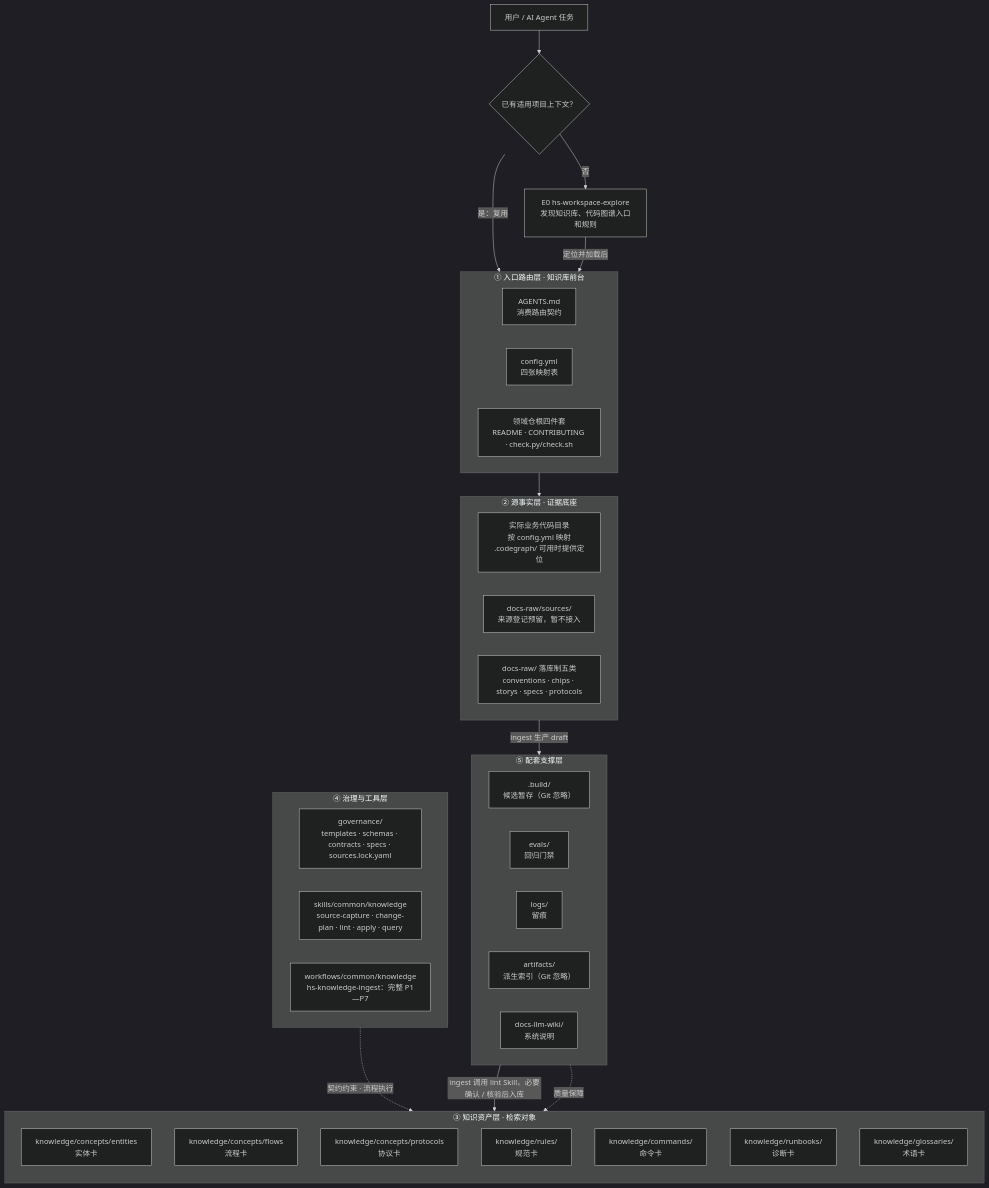
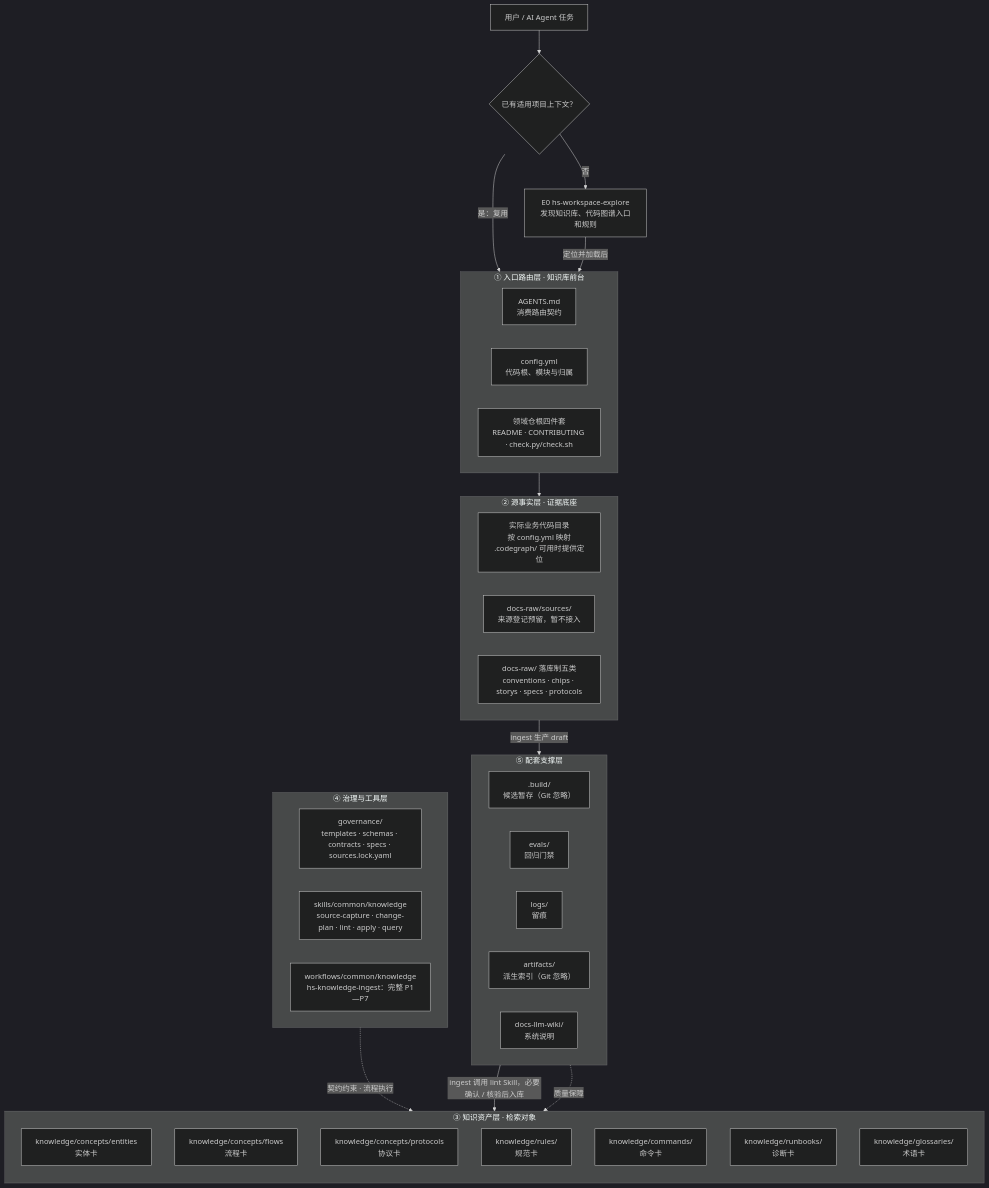
Before and after one commit to Robin-hhc/FactumCore: the first of 7 diagrams in aiotbot-knowledge-wifi-mp/docs-llm-wiki/AIoTBot知识库架构设计.md, drawn with Mermaid (dark theme). The commit also changed other lines of this file and 39 other files, not shown here.

````diff
--- a/aiotbot-knowledge-wifi-mp/docs-llm-wiki/AIoTBot知识库架构设计.md
+++ b/aiotbot-knowledge-wifi-mp/docs-llm-wiki/AIoTBot知识库架构设计.md
@@ -125,57 +125,57 @@
 ```mermaid
 flowchart TB
     U["用户 / AI Agent 任务"]
     C0{"已有适用项目上下文？"}
     E0["E0 hs-workspace-explore<br />发现知识库、代码图谱入口和规则"]
 
     subgraph S1["① 入口路由层 · 知识库前台"]
         direction LR
         A2["AGENTS.md<br />消费路由契约"]
-        A3["config.yml<br />四张映射表"]
+        A3["config.yml<br />代码根、模块与归属"]
         A4["领域仓根四件套<br />README · CONTRIBUTING · check.py/check.sh"]
     end
 
     subgraph S2["② 源事实层 · 证据底座"]
         direction LR
         B1["实际业务代码目录<br />按 config.yml 映射<br />.codegraph/ 可用时提供定位"]
         B2["docs-raw/sources/<br />来源登记预留，暂不接入"]
         B3["docs-raw/ 落库制五类<br />conventions · chips · storys · specs · protocols"]
     end
 
     subgraph S3["③ 知识资产层 · 检索对象"]
         direction TB
         C1["knowledge/concepts/entities<br />实体卡"]
         C2["knowledge/concepts/flows<br />流程卡"]
         C3["knowledge/concepts/protocols<br />协议卡"]
         C4["knowledge/rules/<br />规范卡"]
         C5["knowledge/commands/<br />命令卡"]
         C6["knowledge/runbooks/<br />诊断卡"]
         C7["knowledge/glossaries/<br />术语卡"]
     end
 
     subgraph S4["④ 治理与工具层"]
         direction LR
         D1["governance/<br />templates · schemas · contracts · specs · sources.lock.yaml"]
         D2["skills/common/knowledge<br />source-capture · change-plan · lint · apply · query"]
         D3["workflows/common/knowledge<br />hs-knowledge-ingest：完整 P1—P7"]
     end
 
     subgraph S5["⑤ 配套支撑层"]
         direction LR
         E1[".build/<br />候选暂存（Git 忽略）"]
         E2["evals/<br />回归门禁"]
         E3["logs/<br />留痕"]
         E4["artifacts/<br />派生索引（Git 忽略）"]
         E5["docs-llm-wiki/<br />系统说明"]
     end
 
     U --> C0
     C0 -->|"是：复用"| S1
     C0 -->|"否"| E0
     E0 -->|"定位并加载后"| S1
     S1 --> S2
     S2 -->|"ingest 生产 draft"| E1
     E1 -->|"ingest 调用 lint Skill，必要确认 / 核验后入库"| S3
     S4 -.->|"契约约束 · 流程执行"| S3
     S5 -.->|"质量保障"| S3
 ```
````
